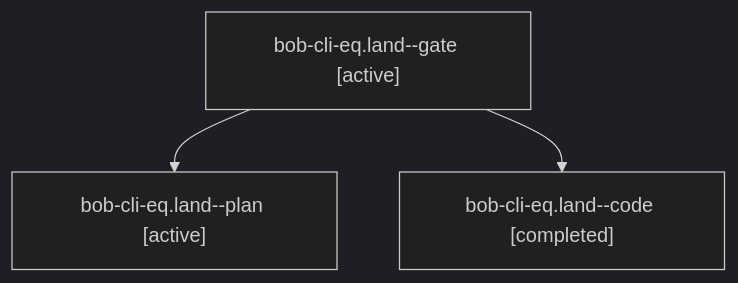
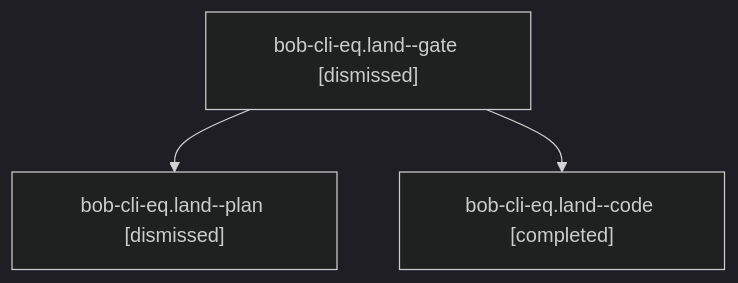
The diagram in sessions/bbugyi200.apollo.bob-cli-eq.land.md (bobs-org/bob-cli--agents), drawn with Mermaid (dark theme) before and after one commit. The commit also changed other lines of this file and 310 other files, not shown here.

````diff
--- a/sessions/bbugyi200.apollo.bob-cli-eq.land.md
+++ b/sessions/bbugyi200.apollo.bob-cli-eq.land.md
@@ -9,8 +9,8 @@
 ```mermaid
 flowchart TD
-  n0["bob-cli-eq.land--gate [active]"]
-  n1["bob-cli-eq.land--plan [active]"]
+  n0["bob-cli-eq.land--gate [dismissed]"]
+  n1["bob-cli-eq.land--plan [dismissed]"]
   n0 --> n1
   n2["bob-cli-eq.land--code [completed]"]
   n0 --> n2
 ```
````
